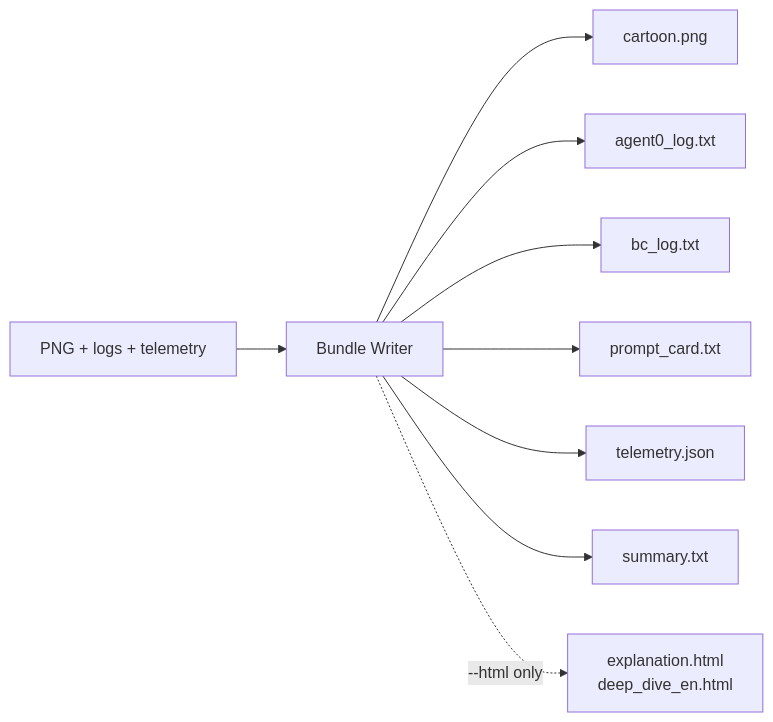
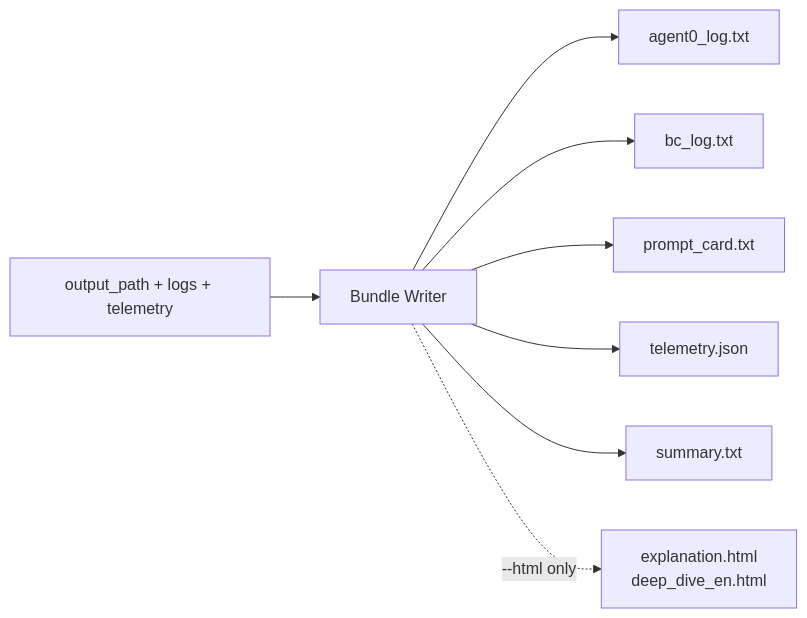
Before and after one commit to josemrsantos/gata: the ninth of 9 diagrams in docs/architecture.md, drawn with Mermaid. The commit also changed other lines of this file, not shown here.

First line of the commit message:
docs: correct all input/output examples against real pipeline output

````diff
--- a/docs/architecture.md
+++ b/docs/architecture.md
@@ -433,16 +440,15 @@
 ```mermaid
 flowchart LR
-    IN["PNG + logs + telemetry"]
+    IN["output_path + logs + telemetry"]
     BW["Bundle Writer"]
-    F1["cartoon.png"]
     F2["agent0_log.txt"]
     F3["bc_log.txt"]
     F4["prompt_card.txt"]
     F5["telemetry.json"]
     F6["summary.txt"]
     FH["explanation.html\ndeep_dive_en.html"]
 
     IN --> BW
-    BW --> F1 & F2 & F3 & F4 & F5 & F6
+    BW --> F2 & F3 & F4 & F5 & F6
     BW -.->|"--html only"| FH
 ```
````
